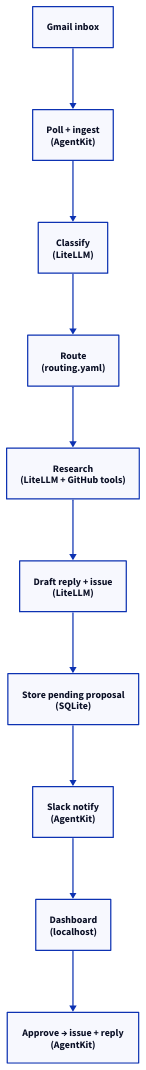
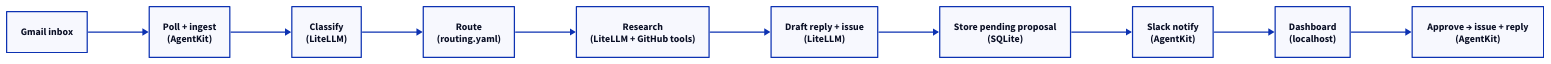
The diagram in src/content/docs/cookbooks/litellm-agentkit-inbox-triage.mdx (scalekit-inc/developer-docs), drawn with D2 before and after one commit. The commit also changed 1 other file, not shown here.

Commit message:
Cookbook D2: use direction right for inbox triage pipeline

````diff
--- a/src/content/docs/cookbooks/litellm-agentkit-inbox-triage.mdx
+++ b/src/content/docs/cookbooks/litellm-agentkit-inbox-triage.mdx
@@ -42,24 +42,24 @@
 ```d2 pad=28 layout=dagre
-direction: down
+direction: right
 
 gmail: Gmail inbox
 ingest: Poll + ingest\n(AgentKit)
 classify: Classify\n(LiteLLM)
 route: Route\n(routing.yaml)
 research: Research\n(LiteLLM + GitHub tools)
 draft: Draft reply + issue\n(LiteLLM)
 persist: Store pending proposal\n(SQLite)
 notify: Slack notify\n(AgentKit)
 ui: Dashboard\n(localhost)
 act: Approve → issue + reply\n(AgentKit)
 
 gmail -> ingest
 ingest -> classify
 classify -> route
 route -> research
 research -> draft
 draft -> persist
 persist -> notify
 notify -> ui
 ui -> act
 ```
````
